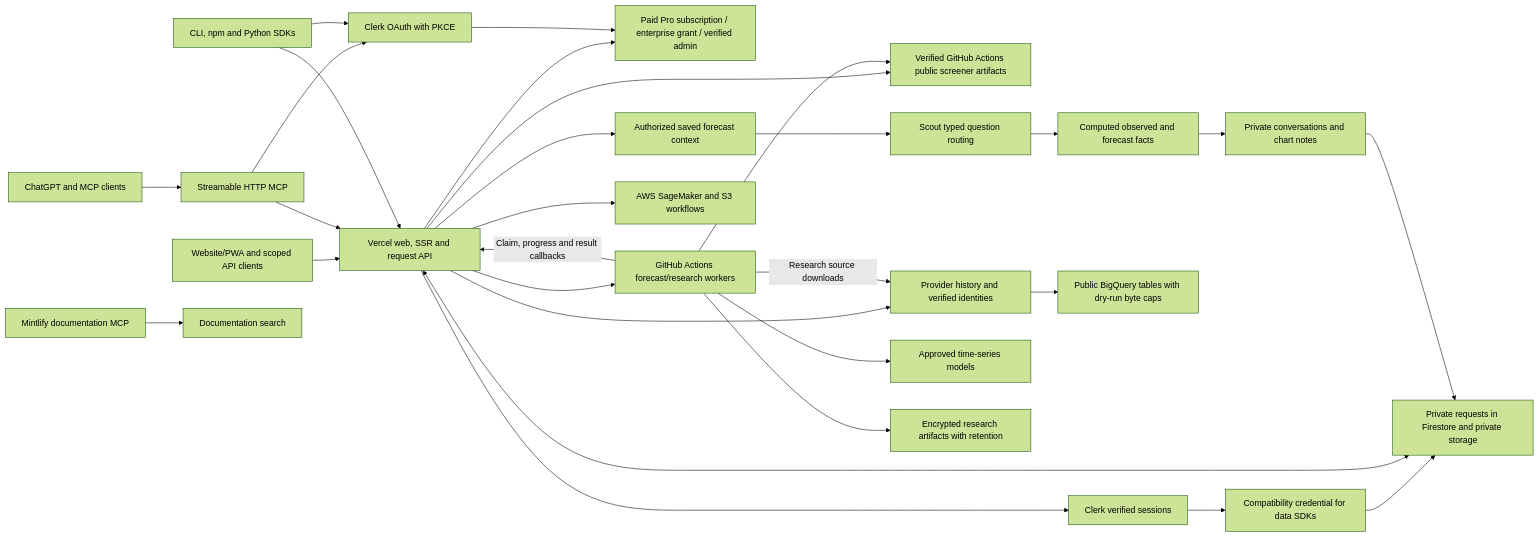
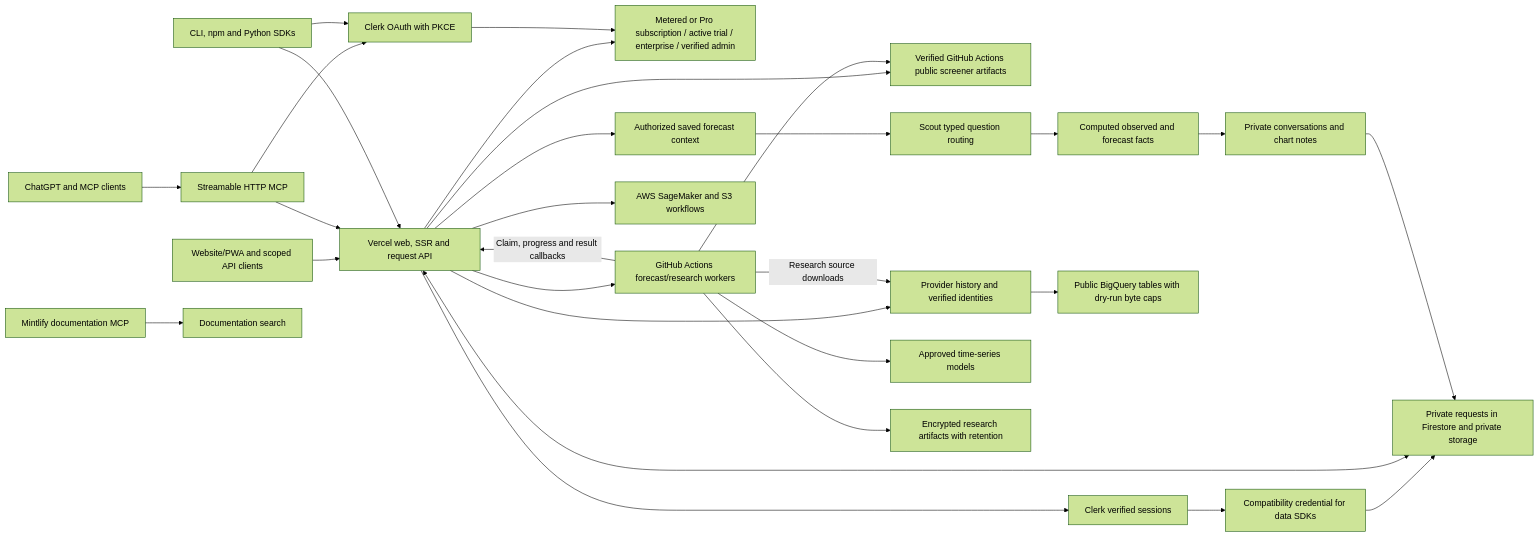
The third of 4 diagrams in README.md (tamzid2001/stockssagemakerdata), drawn with Mermaid (forest theme) before and after one commit. The commit also changed other lines of this file and 57 other files, not shown here.

First line of the commit message:
Offer metered billing and Pro with trial API access; refresh homepage (#246)

````diff
--- a/README.md
+++ b/README.md
@@ -176,31 +180,31 @@
 ```mermaid
 flowchart LR
     Clients[Website/PWA and scoped API clients] --> API[Vercel web, SSR and request API]
     API --> Identity[Clerk verified sessions]
     Identity --> Bridge[Compatibility credential for data SDKs]
     Bridge --> State
-    API --> Entitlement[Paid Pro subscription / enterprise grant / verified admin]
+    API --> Entitlement["Metered or Pro subscription / active trial / enterprise / verified admin"]
     API <--> State[Private requests in Firestore and private storage]
     API --> Public[Verified GitHub Actions public screener artifacts]
     Workers --> Public
     API --> Data[Provider history and verified identities]
     Data --> BigQuery[Public BigQuery tables with dry-run byte caps]
     API --> QA[Authorized saved forecast context]
     QA --> Scout[Scout typed question routing]
     Scout --> Facts[Computed observed and forecast facts]
     Facts --> Requests[Private conversations and chart notes]
     Requests --> State
     API --> Workers[GitHub Actions forecast/research workers]
     Workers --> Models[Approved time-series models]
     Workers -->|Claim, progress and result callbacks| API
     Workers -->|Research source downloads| Data
     Workers --> Artifacts[Encrypted research artifacts with retention]
     API --> Legacy[AWS SageMaker and S3 workflows]
     MCP[ChatGPT and MCP clients] --> LiveMCP[Streamable HTTP MCP]
     LiveMCP --> OAuth[Clerk OAuth with PKCE]
     OAuth --> Entitlement
     LiveMCP --> API
     SDK[CLI, npm and Python SDKs] --> OAuth
     SDK --> API
     Docs[Mintlify documentation MCP] --> Guides[Documentation search]
 ```
````
